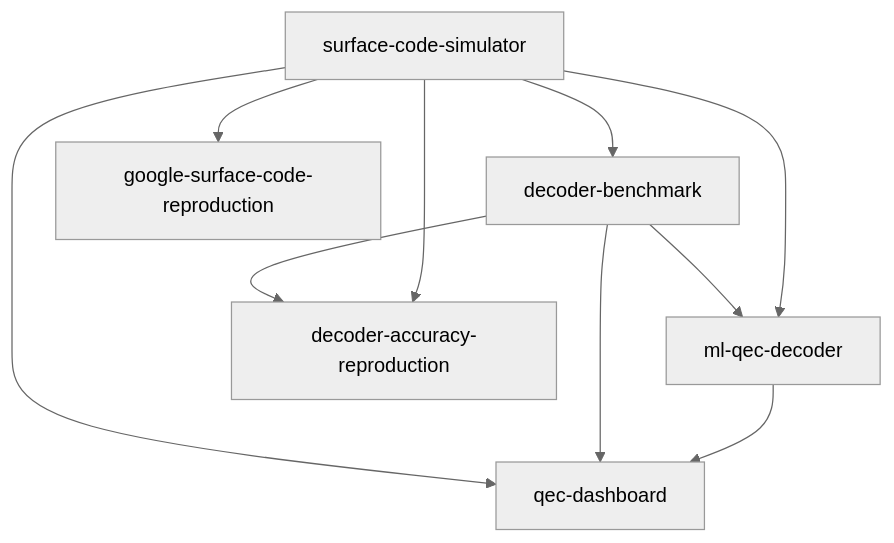
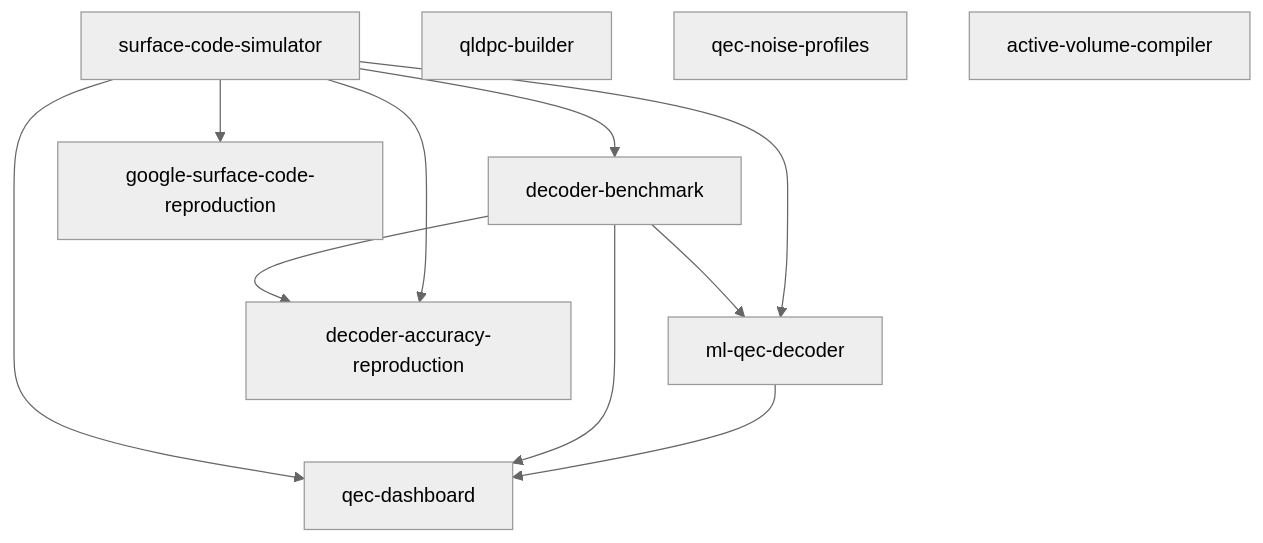
The diagram in README.md (afogelis/qec-portfolio), drawn with Mermaid (neutral theme) before and after one commit. The commit also changed other lines of this file and 26 other files, not shown here.

First line of the commit message:
Expand portfolio to ten parts: add qLDPC, noise-profiles and FT-compiler repos

````diff
--- a/README.md
+++ b/README.md
@@ -59,12 +71,15 @@
 ```mermaid
 flowchart TD
   P1[surface-code-simulator] --> P2[decoder-benchmark]
   P1 --> P6[google-surface-code-reproduction]
   P2 --> P4[ml-qec-decoder]
   P1 --> P4
   P2 --> P7[decoder-accuracy-reproduction]
   P1 --> P7
   P1 --> P3[qec-dashboard]
   P2 --> P3
   P4 --> P3
+  P8[qldpc-builder]
+  P9[qec-noise-profiles]
+  P10[active-volume-compiler]
 ```
````
